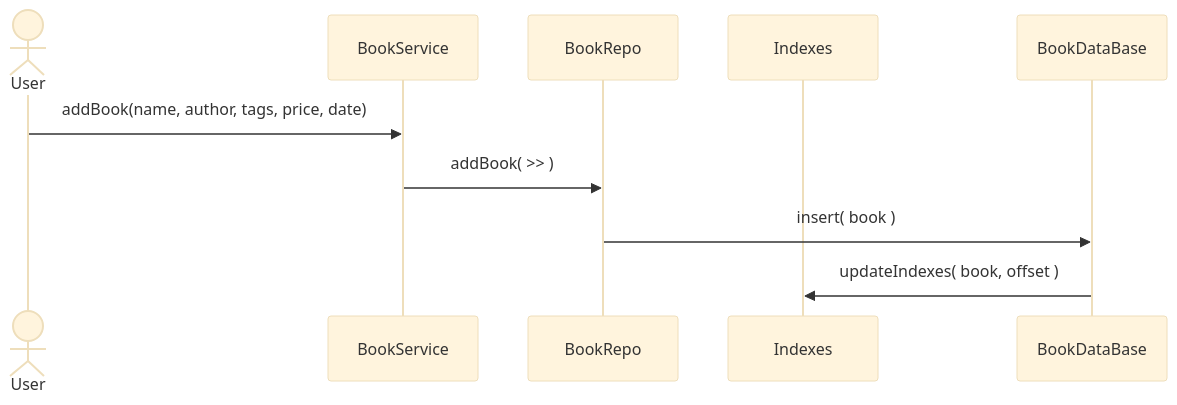
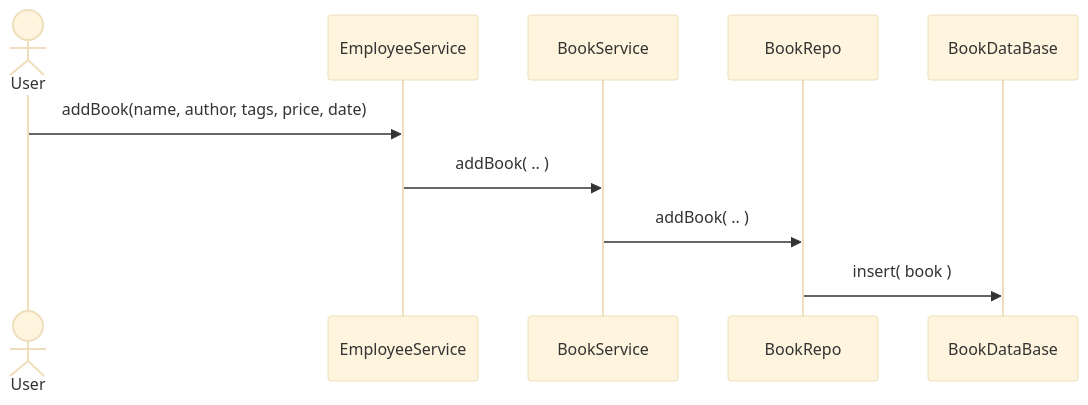
Before and after one commit to Apameus/Bookly: the second of 10 diagrams in docs/high_level_architecture.md, drawn with Mermaid (base theme). The commit also changed other lines of this file, not shown here.

Commit message:
high_level_architecture.md  BETA

````diff
--- a/docs/high_level_architecture.md
+++ b/docs/high_level_architecture.md
@@ -19,12 +22,13 @@
 ```mermaid
 sequenceDiagram
     actor U as User
+    participant ES as EmployeeService
     participant BS as BookService
     participant BR as BookRepo
-    participant I as Indexes
     participant DB as BookDataBase
-    U ->> BS: addBook(name, author, tags, price, date)
-    BS ->> BR: addBook( >> )
+    U ->> ES: addBook(name, author, tags, price, date)
+    ES ->> BS: addBook( .. )
+    BS ->> BR: addBook( .. )
     BR ->> DB: insert( book )
-    DB ->> I: updateIndexes( book, offset )
+    
 ```
````
